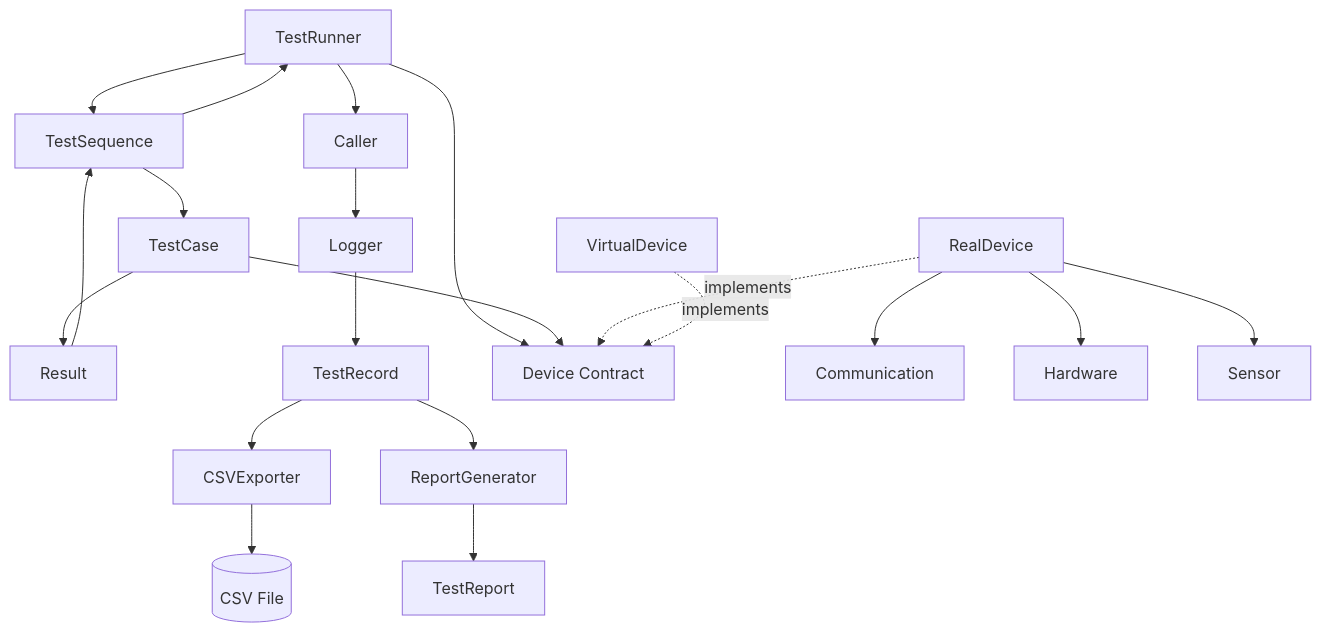
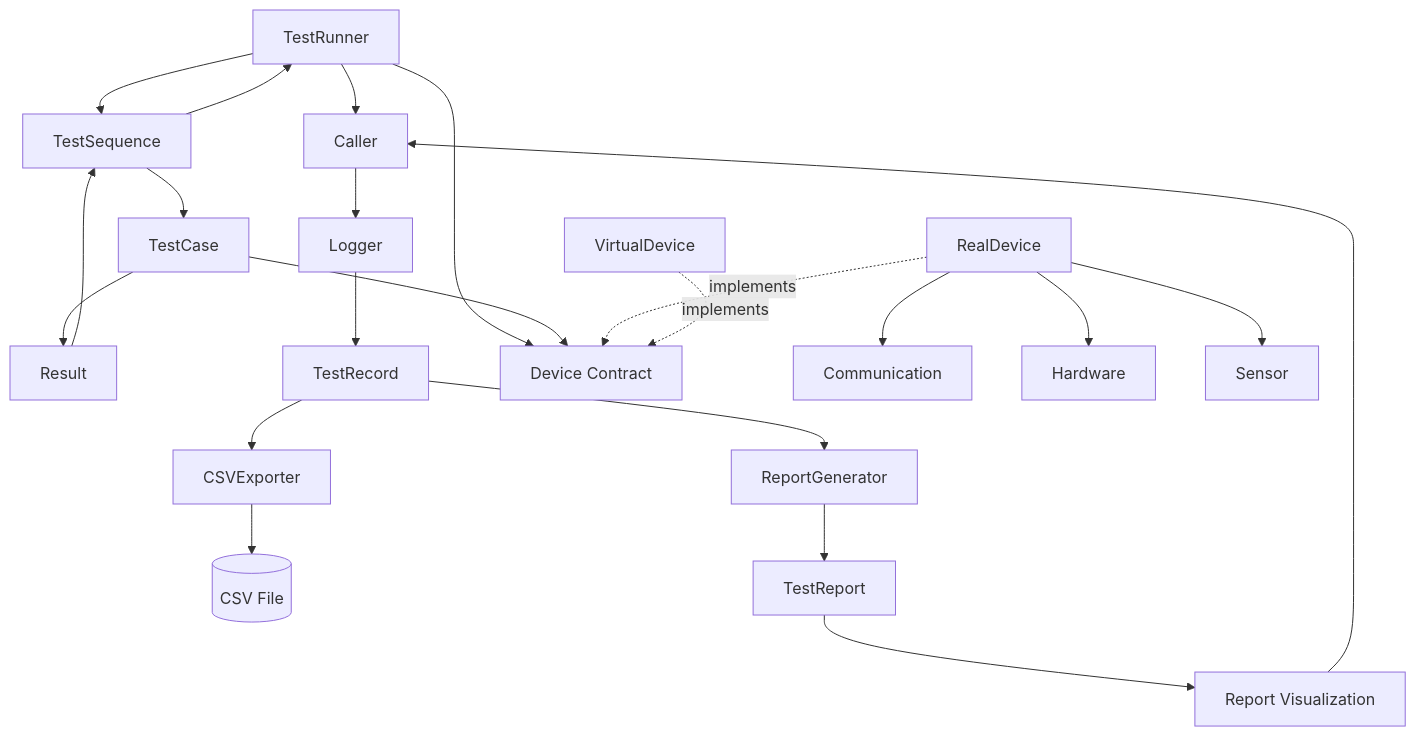
Before and after one commit to chengyeyang/hybrid-reliability-lab: the first of 2 diagrams in docs/architecture.md, drawn with Mermaid. The commit also changed other lines of this file and 2 other files, not shown here.

First line of the commit message:
Basic Test Data Visualization. Close #16

````diff
--- a/docs/architecture.md
+++ b/docs/architecture.md
@@ -129,45 +139,58 @@
 ```mermaid
 flowchart TD
     TR[TestRunner]
     TS[TestSequence]
     TC[TestCase]
     RES[Result]
     CALLER[Caller]
+
     LOG[Logger]
     TREC[TestRecord]
+
     EXP[CSVExporter]
     CSV[(CSV File)]
+
     RGEN[ReportGenerator]
     RPT[TestReport]
+
+    VIS[Report Visualization]
+
     DEV[Device Contract]
     REAL[RealDevice]
     VIRTUAL[VirtualDevice]
+
     COM[Communication]
     HW[Hardware]
     SEN[Sensor]
 
     TR --> TS
     TR --> DEV
+
     TS --> TC
+
     TC --> DEV
+    TC --> RES
 
-    TC --> RES
     RES --> TS
     TS --> TR
     TR --> CALLER
+
     CALLER --> LOG
     LOG --> TREC
 
     TREC --> EXP
     EXP --> CSV
 
     TREC --> RGEN
     RGEN --> RPT
 
+    RPT --> VIS
+    VIS --> CALLER
+
     REAL -. implements .-> DEV
     VIRTUAL -. implements .-> DEV
 
     REAL --> COM
     REAL --> HW
     REAL --> SEN
 ```
````
